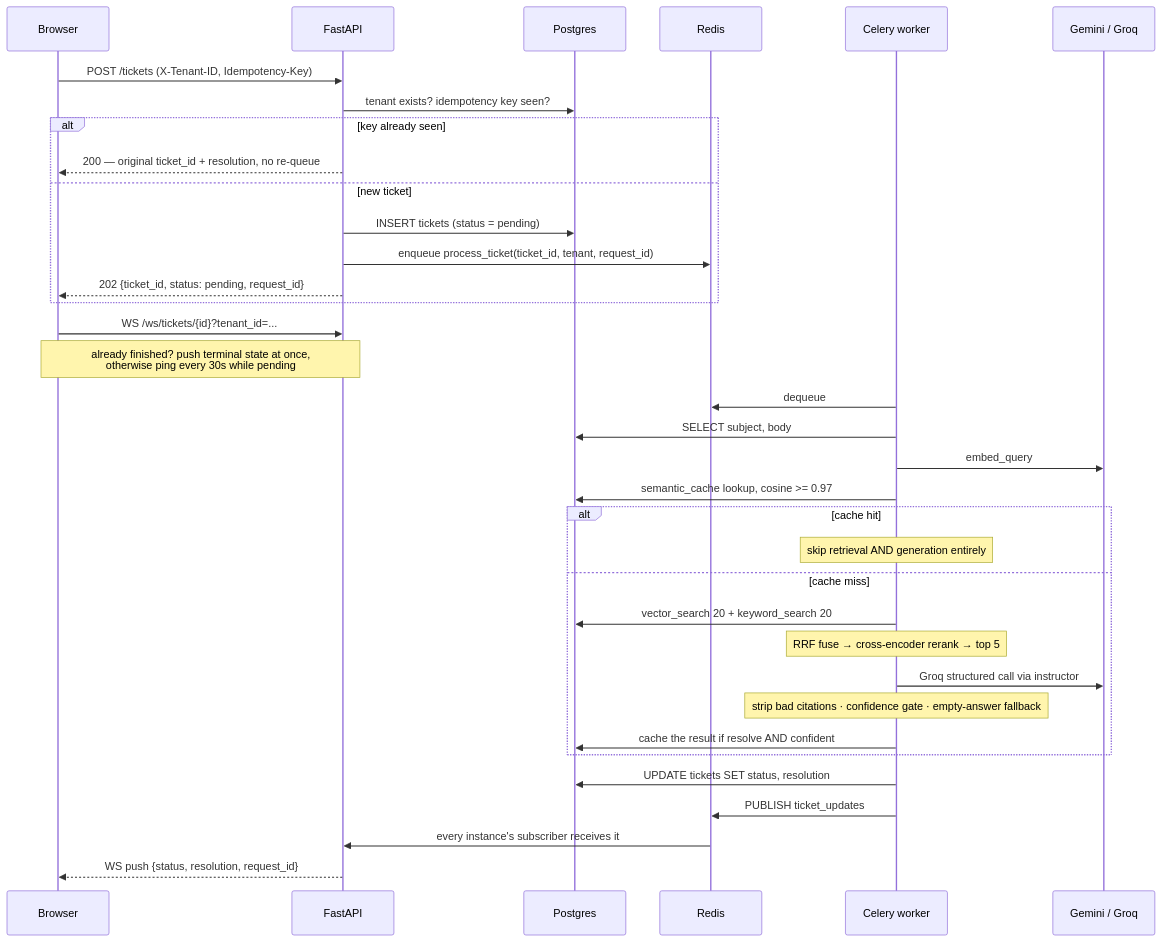
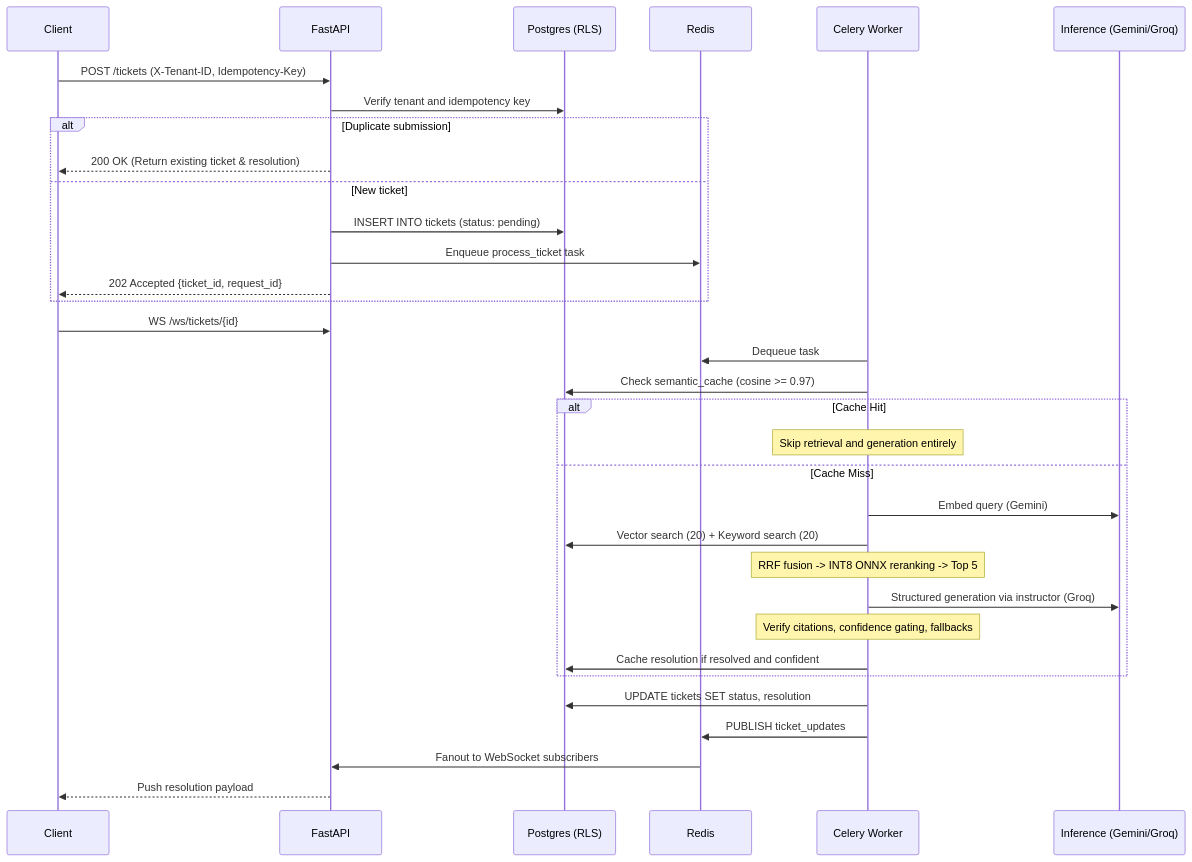
One commit to Shardul9999/AI-Support-Copilot changed the second of 4 diagrams in README.md. Above: the diagram before and after it, drawn with Mermaid. The commit also changed other lines of this file, not shown here.

Commit message:
docs: streamline README, condense architecture sections, and remove emojis

````diff
--- a/README.md
+++ b/README.md
@@ -85,40 +79,37 @@
 ```mermaid
 sequenceDiagram
-    participant B as Browser
+    participant C as Client
     participant A as FastAPI
-    participant P as Postgres
+    participant P as Postgres (RLS)
     participant R as Redis
-    participant W as Celery worker
-    participant X as Gemini / Groq
+    participant W as Celery Worker
+    participant E as Inference (Gemini/Groq)
 
-    B->>A: POST /tickets (X-Tenant-ID, Idempotency-Key)
-    A->>P: tenant exists? idempotency key seen?
-    alt key already seen
-        A-->>B: 200 — original ticket_id + resolution, no re-queue
-    else new ticket
-        A->>P: INSERT tickets (status = pending)
-        A->>R: enqueue process_ticket(ticket_id, tenant, request_id)
-        A-->>B: 202 {ticket_id, status: pending, request_id}
+    C->>A: POST /tickets (X-Tenant-ID, Idempotency-Key)
+    A->>P: Verify tenant and idempotency key
+    alt Duplicate submission
+        A-->>C: 200 OK (Return existing ticket & resolution)
+    else New ticket
+        A->>P: INSERT INTO tickets (status: pending)
+        A->>R: Enqueue process_ticket task
+        A-->>C: 202 Accepted {ticket_id, request_id}
     end
 
-    B->>A: WS /ws/tickets/{id}?tenant_id=...
-    Note over A,B: already finished? push terminal state at once,<br/>otherwise ping every 30s while pending
-
-    W->>R: dequeue
-    W->>P: SELECT subject, body
-    W->>X: embed_query
-    W->>P: semantic_cache lookup, cosine >= 0.97
-    alt cache hit
-        Note over W: skip retrieval AND generation entirely
-    else cache miss
-        W->>P: vector_search 20 + keyword_search 20
-        Note over W: RRF fuse → cross-encoder rerank → top 5
-        W->>X: Groq structured call via instructor
-        Note over W: strip bad citations · confidence gate · empty-answer fallback
-        W->>P: cache the result if resolve AND confident
+    C->>A: WS /ws/tickets/{id}
+    W->>R: Dequeue task
+    W->>P: Check semantic_cache (cosine >= 0.97)
+    alt Cache Hit
+        Note over W: Skip retrieval and generation entirely
+    else Cache Miss
+        W->>E: Embed query (Gemini)
+        W->>P: Vector search (20) + Keyword search (20)
+        Note over W: RRF fusion -> INT8 ONNX reranking -> Top 5
+        W->>E: Structured generation via instructor (Groq)
+        Note over W: Verify citations, confidence gating, fallbacks
+        W->>P: Cache resolution if resolved and confident
     end
     W->>P: UPDATE tickets SET status, resolution
     W->>R: PUBLISH ticket_updates
-    R->>A: every instance's subscriber receives it
-    A-->>B: WS push {status, resolution, request_id}
+    R->>A: Fanout to WebSocket subscribers
+    A-->>C: Push resolution payload
 ```
````
